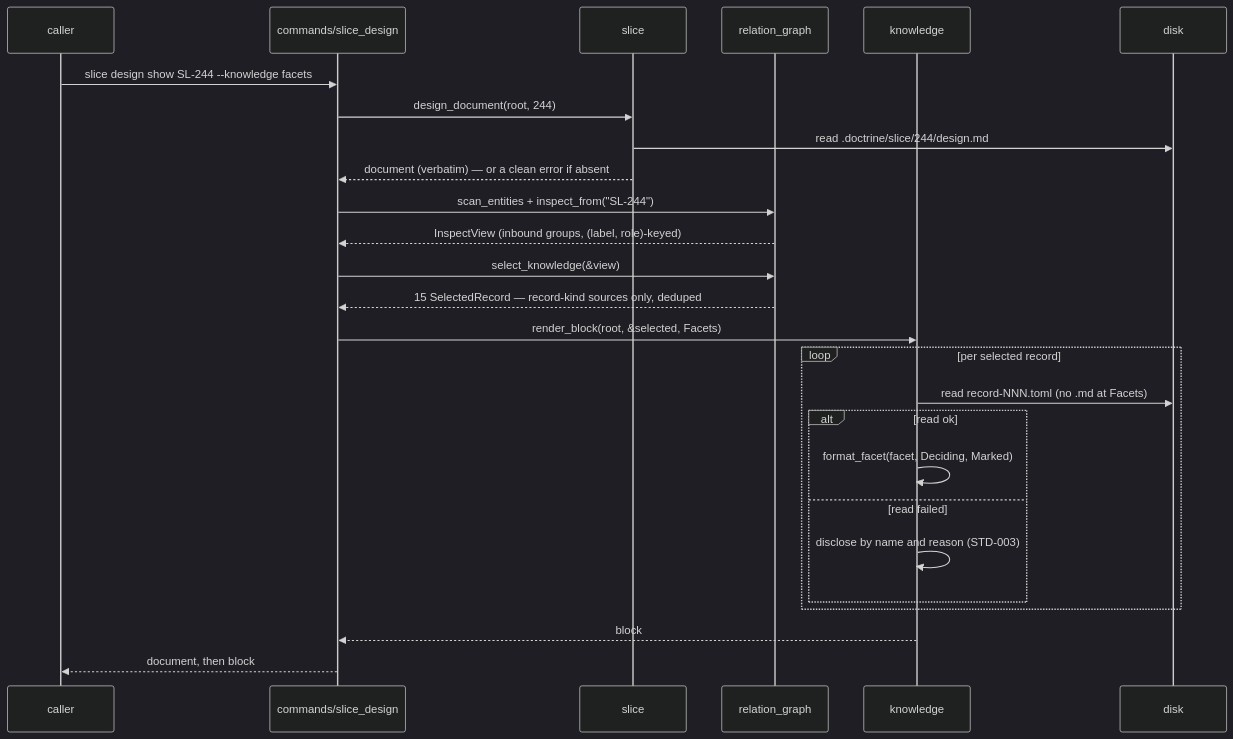
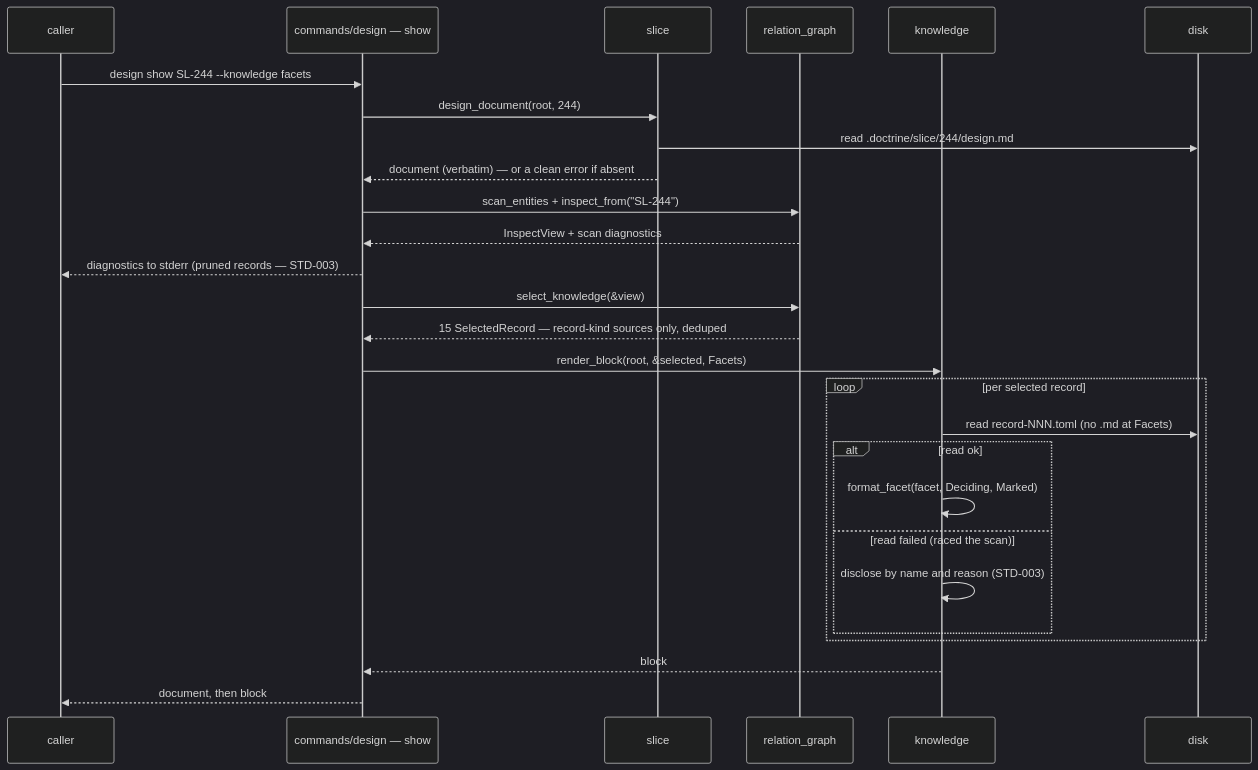
One commit to davidlee/doctrine changed the third of 3 diagrams in .doctrine/slice/246/design.md. Above: the diagram before and after it, drawn with Mermaid (dark theme). The commit also changed other lines of this file, not shown here.

First line of the commit message:
design(SL-246): integrate RV-370 — re-site on `design show`, repair §5.2/§5.6/§9

````diff
--- a/.doctrine/slice/246/design.md
+++ b/.doctrine/slice/246/design.md
@@ -671,29 +801,30 @@
 ```mermaid
 sequenceDiagram
   participant U as caller
-  participant C as commands/slice_design
+  participant C as commands/design — show
   participant S as slice
   participant RG as relation_graph
   participant K as knowledge
   participant FS as disk
 
-  U->>C: slice design show SL-244 --knowledge facets
+  U->>C: design show SL-244 --knowledge facets
   C->>S: design_document(root, 244)
   S->>FS: read .doctrine/slice/244/design.md
   S-->>C: document (verbatim) — or a clean error if absent
   C->>RG: scan_entities + inspect_from("SL-244")
-  RG-->>C: InspectView (inbound groups, (label, role)-keyed)
+  RG-->>C: InspectView + scan diagnostics
+  C-->>U: diagnostics to stderr (pruned records — STD-003)
   C->>RG: select_knowledge(&view)
   RG-->>C: 15 SelectedRecord — record-kind sources only, deduped
   C->>K: render_block(root, &selected, Facets)
   loop per selected record
     K->>FS: read record-NNN.toml (no .md at Facets)
     alt read ok
       K->>K: format_facet(facet, Deciding, Marked)
-    else read failed
+    else read failed (raced the scan)
       K->>K: disclose by name and reason (STD-003)
     end
   end
   K-->>C: block
   C-->>U: document, then block
 ```
````
